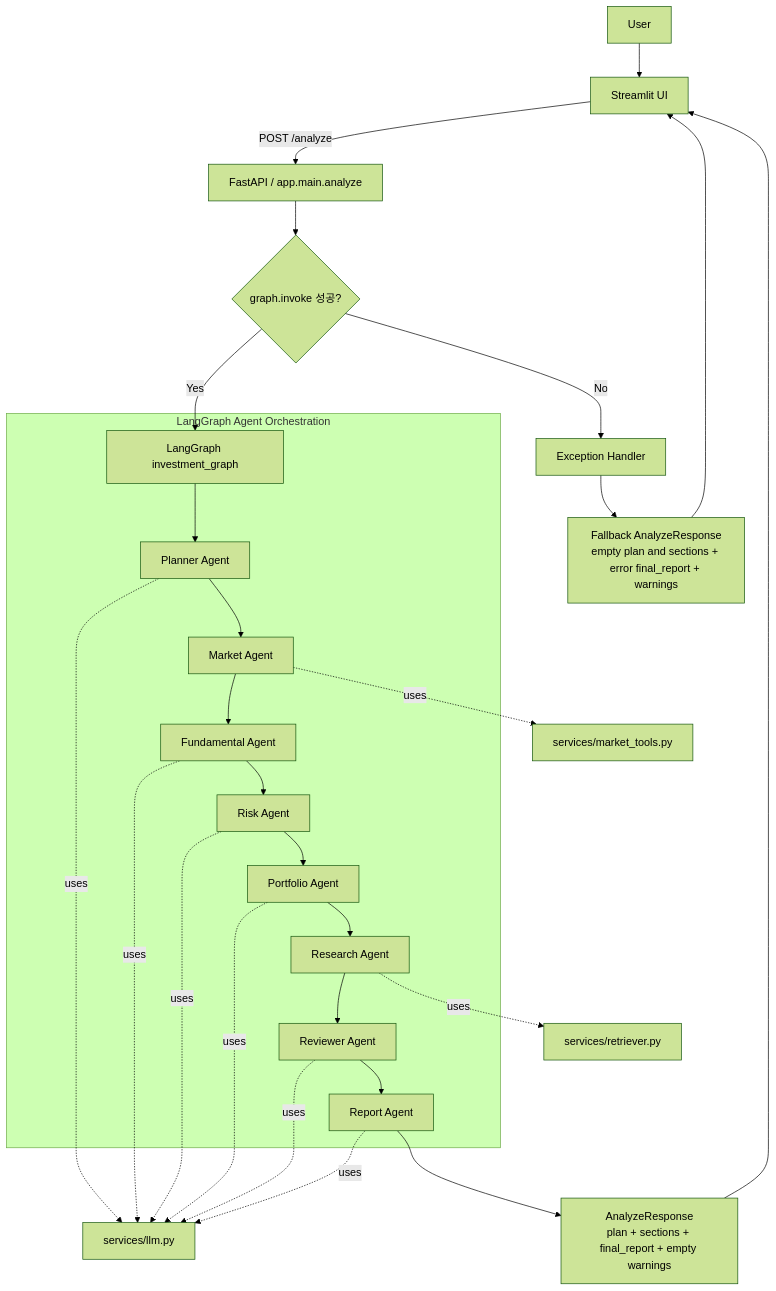
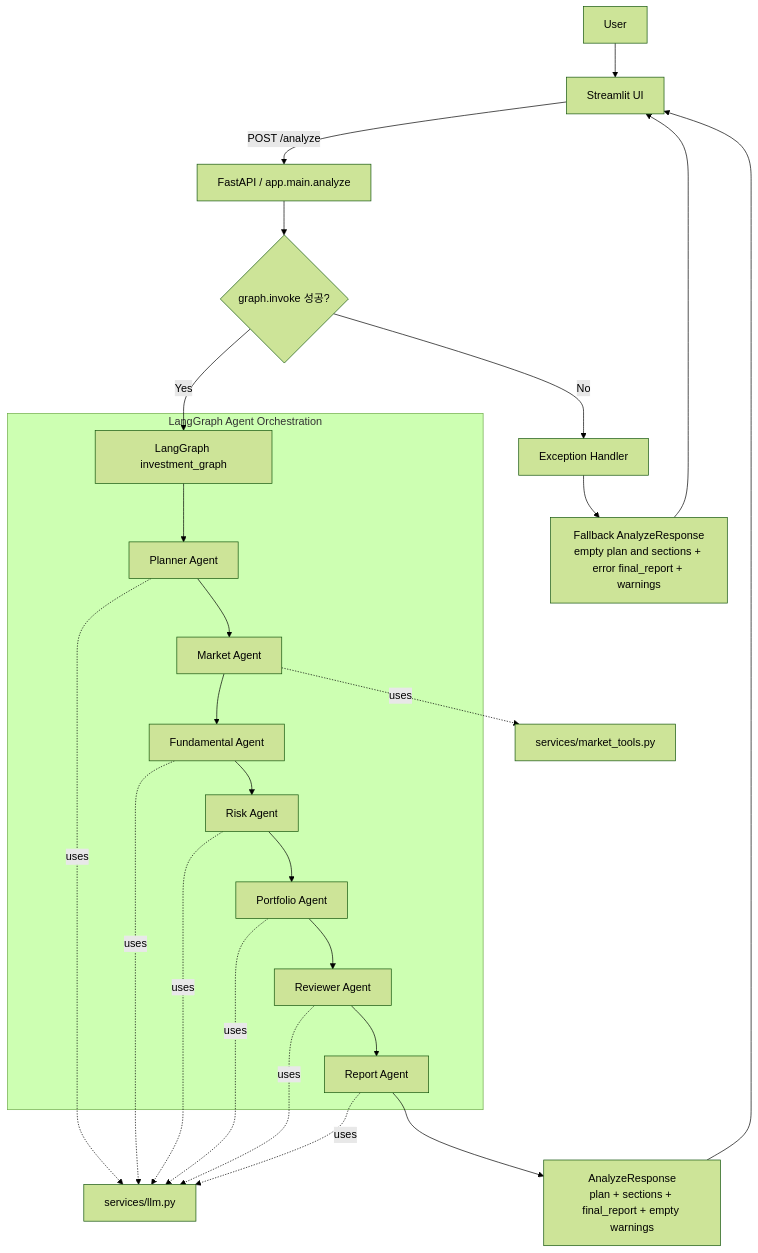
The first of 2 diagrams in README.md (sebastiaok/InvestAI), drawn with Mermaid (forest theme) before and after one commit. The commit also changed other lines of this file and 9 other files, not shown here.

````diff
--- a/README.md
+++ b/README.md
@@ -56,35 +65,33 @@
 ```mermaid
 flowchart TD
     U[User] --> ST[Streamlit UI]
     ST -->|POST /analyze| API[FastAPI / app.main.analyze]
 
     API --> TRY{graph.invoke 성공?}
     TRY -->|Yes| G[LangGraph investment_graph]
     TRY -->|No| EH[Exception Handler]
 
     subgraph Agent_Orchestration[LangGraph Agent Orchestration]
         G --> P[Planner Agent]
         P --> M[Market Agent]
         M --> F[Fundamental Agent]
         F --> R[Risk Agent]
         R --> PO[Portfolio Agent]
-        PO --> RS[Research Agent]
-        RS --> RV[Reviewer Agent]
+        PO --> RV[Reviewer Agent]
         RV --> RP[Report Agent]
     end
 
     P -. uses .-> LLM[services/llm.py]
     M -. uses .-> TOOL[services/market_tools.py]
-    RS -. uses .-> RET[services/retriever.py]
     F -. uses .-> LLM
     R -. uses .-> LLM
     PO -. uses .-> LLM
     RV -. uses .-> LLM
     RP -. uses .-> LLM
 
     RP --> OK[AnalyzeResponse<br/>plan + sections + final_report + empty warnings]
     EH --> FAIL[Fallback AnalyzeResponse<br/>empty plan and sections + error final_report + warnings]
 
     OK --> ST
     FAIL --> ST
 ```
````
